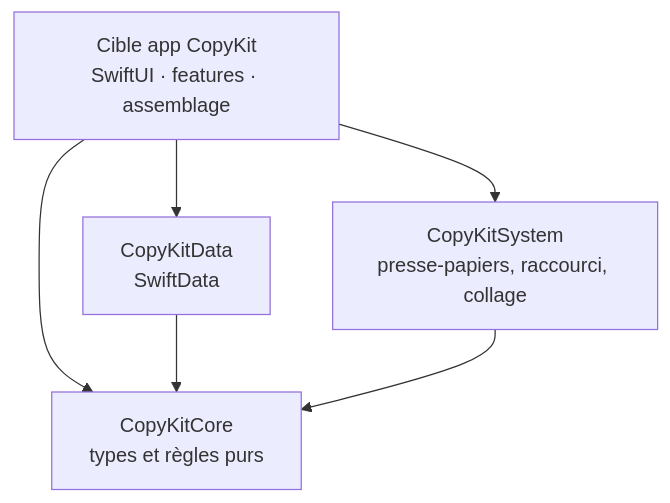
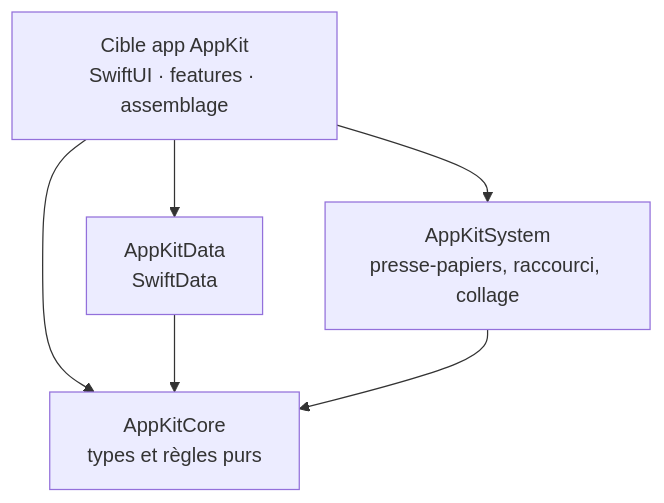
Before and after one commit to yanix2445/AppKit: the diagram in aidd_docs/memory/external/plugins-et-workflow/05-architectures.md, drawn with Mermaid. The commit also changed other lines of this file and 82 other files, not shown here.

First line of the commit message:
refactor: rename CopyKit to AppKit

````diff
--- a/aidd_docs/memory/external/plugins-et-workflow/05-architectures.md
+++ b/aidd_docs/memory/external/plugins-et-workflow/05-architectures.md
@@ -106,12 +106,12 @@
 ```mermaid
 flowchart TD
-  App["Cible app CopyKit<br/>SwiftUI · features · assemblage"]
-  Data["CopyKitData<br/>SwiftData"]
-  System["CopyKitSystem<br/>presse-papiers, raccourci, collage"]
-  Core["CopyKitCore<br/>types et règles purs"]
+  App["Cible app AppKit<br/>SwiftUI · features · assemblage"]
+  Data["AppKitData<br/>SwiftData"]
+  System["AppKitSystem<br/>presse-papiers, raccourci, collage"]
+  Core["AppKitCore<br/>types et règles purs"]
   App --> Data
   App --> System
   App --> Core
   Data --> Core
   System --> Core
 ```
````
